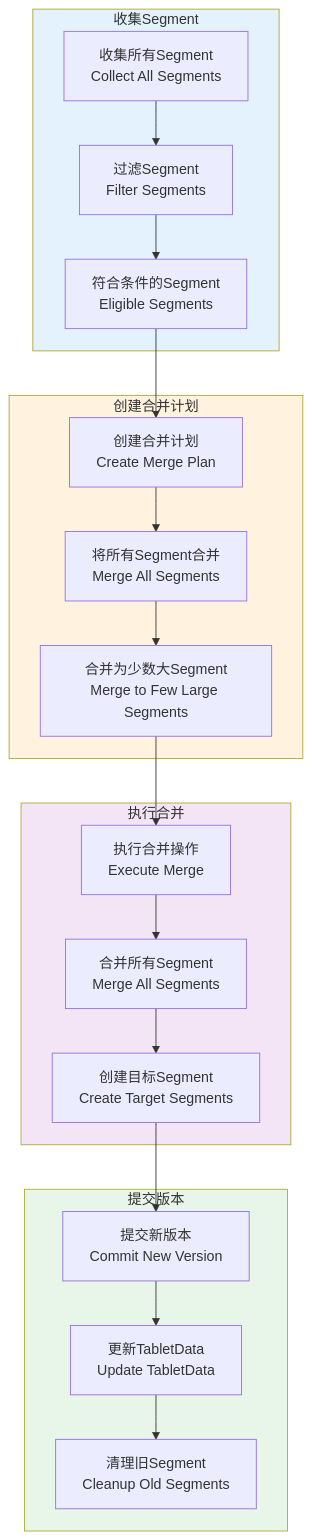
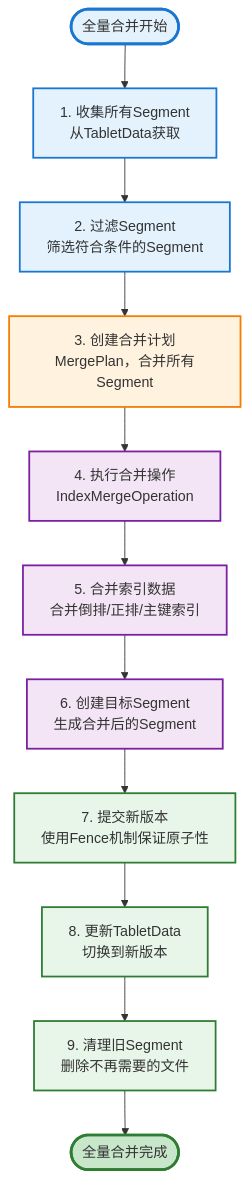
One commit to zhouzhilong-commits/zhouzhilong-commits.github.io changed diagram 17 of 20 in _posts/2025-06-29-indexlib-6-segment-merge.md. Above: the diagram before and after it, drawn with Mermaid. The commit also changed other lines of this file and 2 other files, not shown here.

````diff
--- a/_posts/2025-06-29-indexlib-6-segment-merge.md
+++ b/_posts/2025-06-29-indexlib-6-segment-merge.md
@@ -1113,43 +1142,34 @@
 ```mermaid
 flowchart TD
-    subgraph Collect["收集Segment"]
-        C1[收集所有Segment<br/>Collect All Segments]
-        C2[过滤Segment<br/>Filter Segments]
-        C3[符合条件的Segment<br/>Eligible Segments]
-        C1 --> C2
-        C2 --> C3
-    end
+    Start([全量合并开始]) --> Step1[1. 收集所有Segment<br/>从TabletData获取]
     
-    subgraph Plan["创建合并计划"]
-        P1[创建合并计划<br/>Create Merge Plan]
-        P2[将所有Segment合并<br/>Merge All Segments]
-        P3[合并为少数大Segment<br/>Merge to Few Large Segments]
-        P1 --> P2
-        P2 --> P3
-    end
+    Step1 --> Step2[2. 过滤Segment<br/>筛选符合条件的Segment]
     
-    subgraph Execute["执行合并"]
-        E1[执行合并操作<br/>Execute Merge]
-        E2[合并所有Segment<br/>Merge All Segments]
-        E3[创建目标Segment<br/>Create Target Segments]
-        E1 --> E2
-        E2 --> E3
-    end
+    Step2 --> Step3[3. 创建合并计划<br/>MergePlan，合并所有Segment]
     
-    subgraph Commit["提交版本"]
-        CO1[提交新版本<br/>Commit New Version]
-        CO2[更新TabletData<br/>Update TabletData]
-        CO3[清理旧Segment<br/>Cleanup Old Segments]
-        CO1 --> CO2
-        CO2 --> CO3
-    end
+    Step3 --> Step4[4. 执行合并操作<br/>IndexMergeOperation]
     
-    C3 --> P1
-    P3 --> E1
-    E3 --> CO1
+    Step4 --> Step5[5. 合并索引数据<br/>合并倒排/正排/主键索引]
     
-    style Collect fill:#e3f2fd
-    style Plan fill:#fff3e0
-    style Execute fill:#f3e5f5
-    style Commit fill:#e8f5e9
+    Step5 --> Step6[6. 创建目标Segment<br/>生成合并后的Segment]
+    
+    Step6 --> Step7[7. 提交新版本<br/>使用Fence机制保证原子性]
+    
+    Step7 --> Step8[8. 更新TabletData<br/>切换到新版本]
+    
+    Step8 --> Step9[9. 清理旧Segment<br/>删除不再需要的文件]
+    
+    Step9 --> End([全量合并完成])
+    
+    style Start fill:#e3f2fd,stroke:#1976d2,stroke-width:3px
+    style Step1 fill:#e3f2fd,stroke:#1976d2,stroke-width:2px
+    style Step2 fill:#e3f2fd,stroke:#1976d2,stroke-width:2px
+    style Step3 fill:#fff3e0,stroke:#f57c00,stroke-width:2px
+    style Step4 fill:#f3e5f5,stroke:#7b1fa2,stroke-width:2px
+    style Step5 fill:#f3e5f5,stroke:#7b1fa2,stroke-width:2px
+    style Step6 fill:#f3e5f5,stroke:#7b1fa2,stroke-width:2px
+    style Step7 fill:#e8f5e9,stroke:#2e7d32,stroke-width:2px
+    style Step8 fill:#e8f5e9,stroke:#2e7d32,stroke-width:2px
+    style Step9 fill:#e8f5e9,stroke:#2e7d32,stroke-width:2px
+    style End fill:#c8e6c9,stroke:#2e7d32,stroke-width:3px
 ```
````
